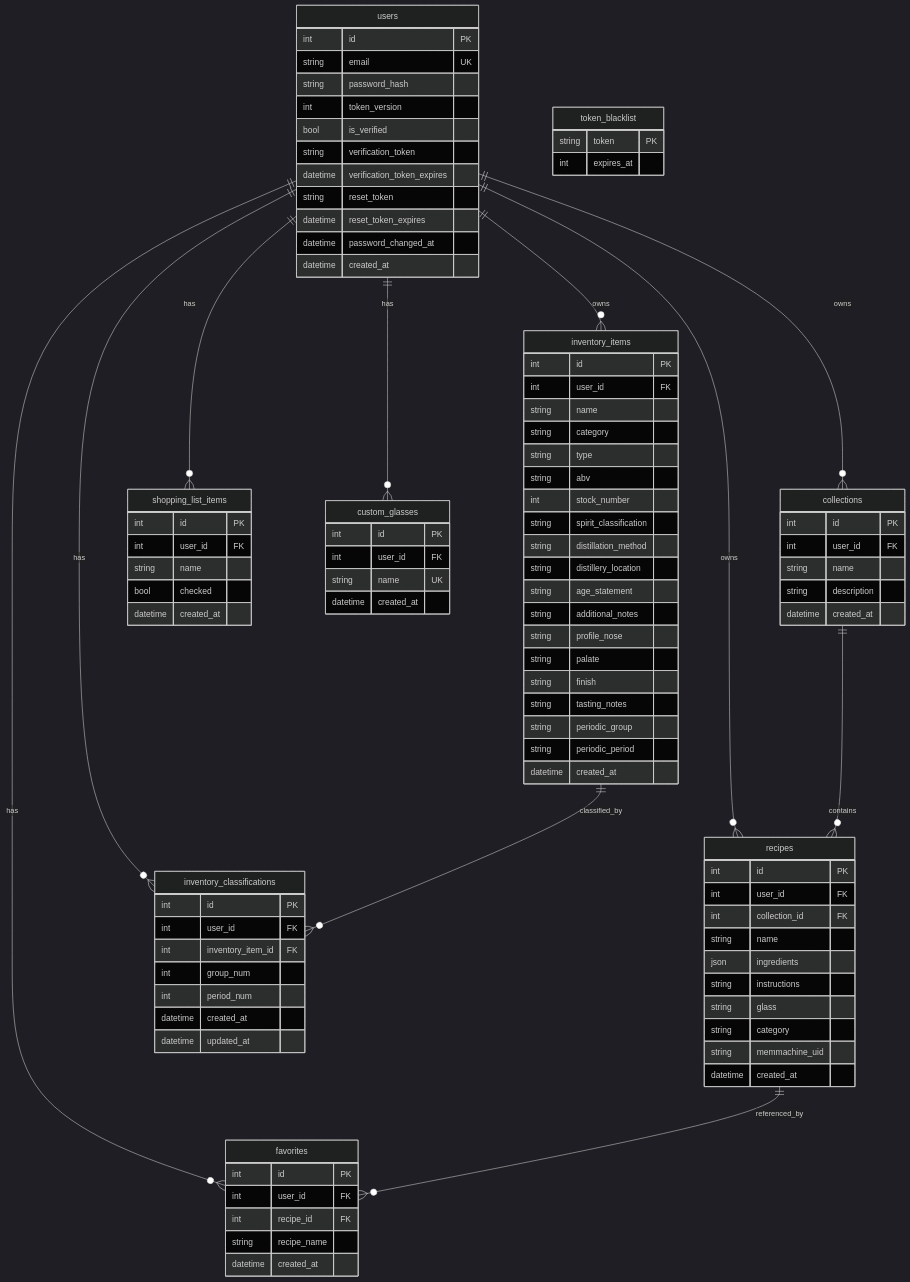
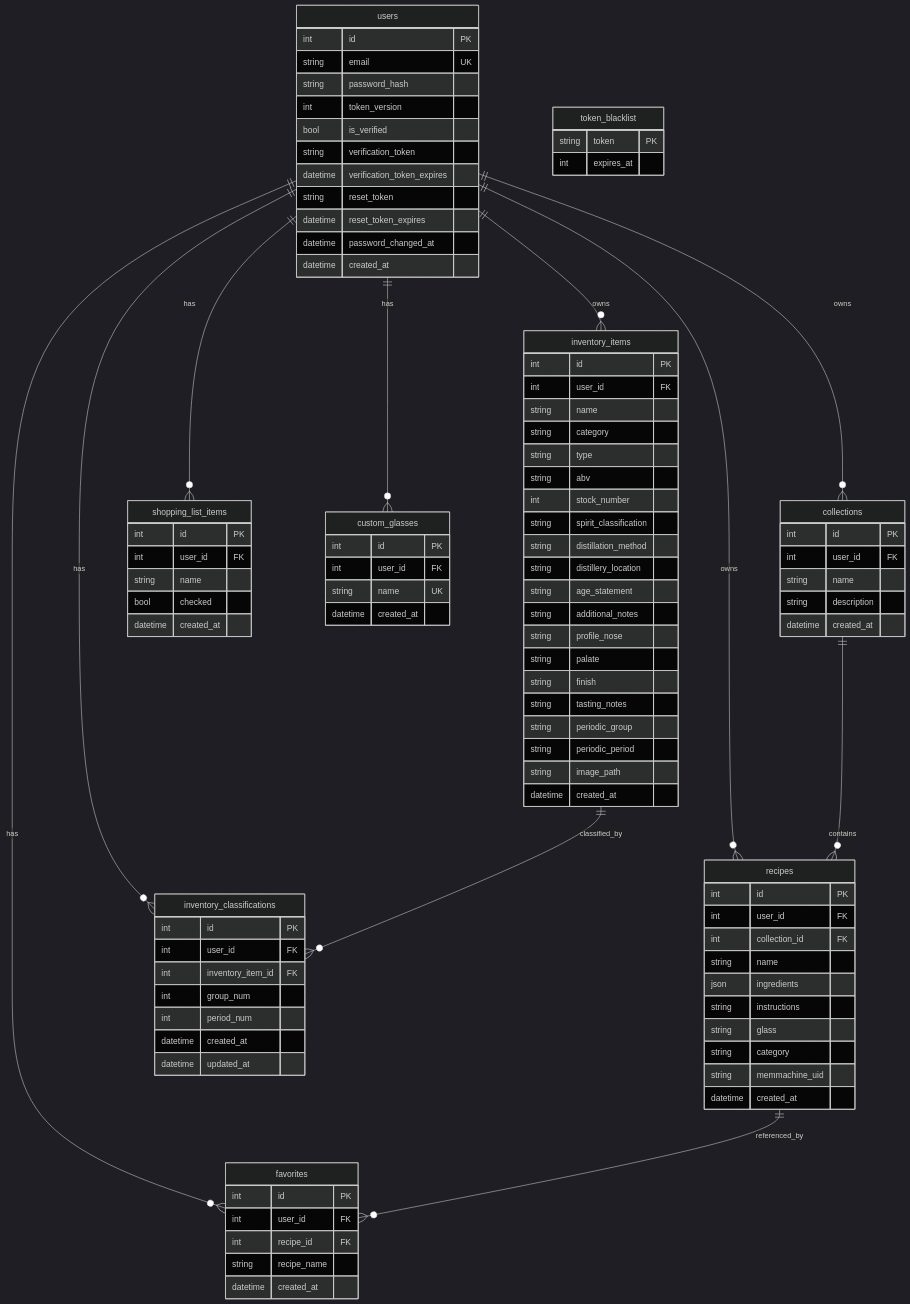
One commit to JLawMcGraw/alchemix changed the seventh of 12 diagrams in Documentation/ARCHITECTURE.md. Above: the diagram before and after it, drawn with Mermaid (dark theme). The commit also changed other lines of this file and 27 other files, not shown here.

```diff
--- a/Documentation/ARCHITECTURE.md
+++ b/Documentation/ARCHITECTURE.md
@@ -557,6 +557,7 @@
         string tasting_notes
         string periodic_group
         string periodic_period
+        string image_path
         datetime created_at
     }
 
```
